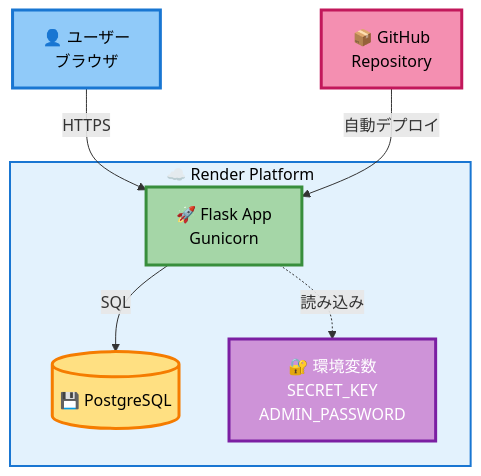
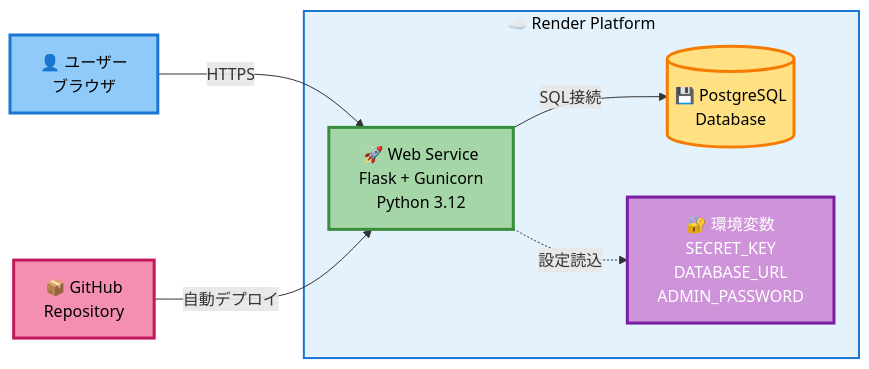
One commit to d01ki/FE-master changed the second of 4 diagrams in docs/diagrams.md. Above: the diagram before and after it, drawn with Mermaid. The commit also changed other lines of this file, not shown here.

Commit message:
docs: Simplify diagrams and make them horizontal layout

````diff
--- a/docs/diagrams.md
+++ b/docs/diagrams.md
@@ -87,24 +87,24 @@
 ```mermaid
-flowchart TB
+flowchart LR
     User["👤 ユーザー<br/>ブラウザ"]
     
+    User -->|HTTPS| App
+    
     subgraph Render["☁️ Render Platform"]
-        App["🚀 Flask App<br/>Gunicorn"]
-        DB[("💾 PostgreSQL")]
-        Env["🔐 環境変数<br/>SECRET_KEY<br/>ADMIN_PASSWORD"]
+        App["🚀 Web Service<br/>Flask + Gunicorn<br/>Python 3.12"]
+        DB[("💾 PostgreSQL<br/>Database")]
+        Env["🔐 環境変数<br/>SECRET_KEY<br/>DATABASE_URL<br/>ADMIN_PASSWORD"]
+        
+        App -->|SQL接続| DB
+        App -.->|設定読込| Env
     end
     
-    Repo["📦 GitHub<br/>Repository"]
-    
-    User -->|HTTPS| App
-    App -->|SQL| DB
-    App -.->|読み込み| Env
-    Repo -->|自動デプロイ| App
+    Repo["📦 GitHub<br/>Repository"] -->|自動デプロイ| App
     
     style User fill:#90CAF9,stroke:#1976D2,stroke-width:3px,color:#000
     style App fill:#A5D6A7,stroke:#388E3C,stroke-width:3px,color:#000
     style DB fill:#FFE082,stroke:#F57C00,stroke-width:3px,color:#000
     style Env fill:#CE93D8,stroke:#7B1FA2,stroke-width:3px,color:#fff
     style Repo fill:#F48FB1,stroke:#C2185B,stroke-width:3px,color:#000
     style Render fill:#E3F2FD,stroke:#1976D2,stroke-width:2px,color:#000
 ```
````
